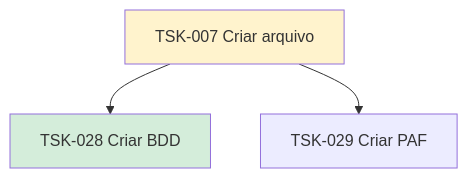
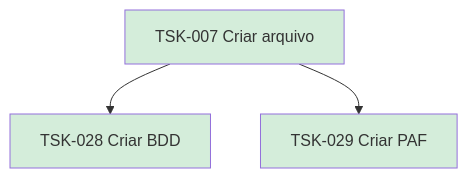
Before and after one commit to laerciogermano/workstation: the diagram in flow/tasks/TSK-001-criar-epico/TSK-002-criar-as-historias/TSK-003-explorar/TSK-007-criar-arquivo/README.md, drawn with Mermaid. The commit also changed other lines of this file and 21 other files, not shown here.

````diff
--- a/flow/tasks/TSK-001-criar-epico/TSK-002-criar-as-historias/TSK-003-explorar/TSK-007-criar-arquivo/README.md
+++ b/flow/tasks/TSK-001-criar-epico/TSK-002-criar-as-historias/TSK-003-explorar/TSK-007-criar-arquivo/README.md
@@ -12,10 +12,11 @@
 ```mermaid
 flowchart TD
   T007[TSK-007 Criar arquivo]
   T028[TSK-028 Criar BDD]
   T029[TSK-029 Criar PAF]
   T007 --> T028
   T007 --> T029
-  style T007 fill:#fff3cd
+  style T007 fill:#d4edda
   style T028 fill:#d4edda
+  style T029 fill:#d4edda
 ```
````
